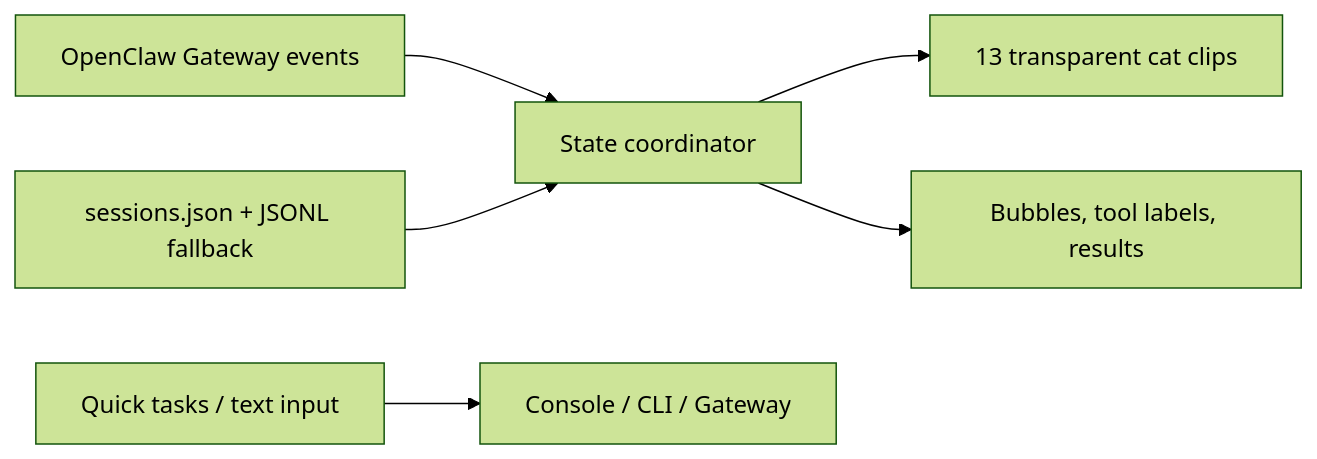
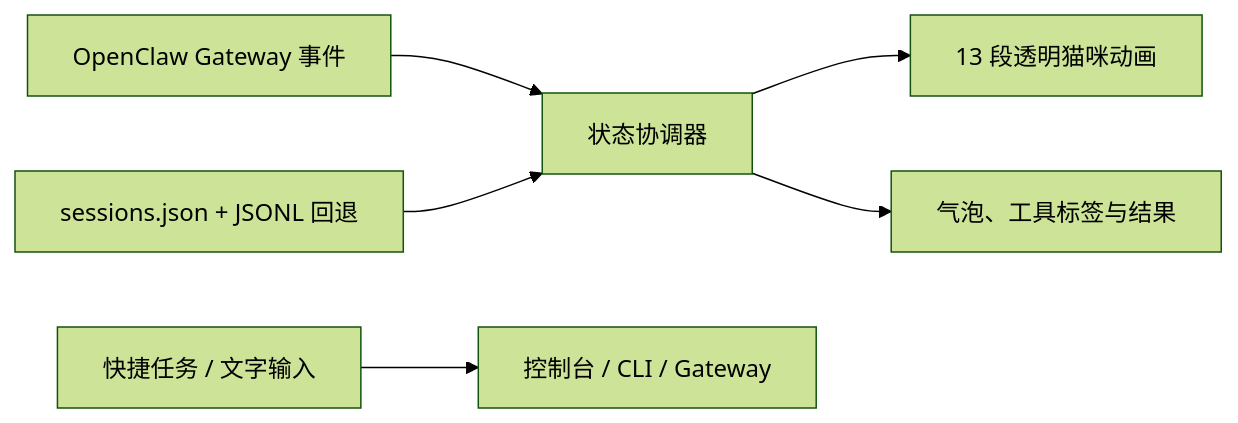
The diagram in README.md (LeoZhaorx/openclaw-desk-pet), drawn with Mermaid (forest theme) before and after one commit. The commit also changed other lines of this file and 3 other files, not shown here.

````diff
--- a/README.md
+++ b/README.md
@@ -162,8 +214,8 @@
 ```mermaid
 flowchart LR
-    G["OpenClaw Gateway events"] --> M["State coordinator"]
-    F["sessions.json + JSONL fallback"] --> M
-    M --> A["13 transparent cat clips"]
-    M --> B["Bubbles, tool labels, results"]
-    U["Quick tasks / text input"] --> S["Console / CLI / Gateway"]
+    G["OpenClaw Gateway 事件"] --> M["状态协调器"]
+    F["sessions.json + JSONL 回退"] --> M
+    M --> A["13 段透明猫咪动画"]
+    M --> B["气泡、工具标签与结果"]
+    U["快捷任务 / 文字输入"] --> S["控制台 / CLI / Gateway"]
 ```
````
